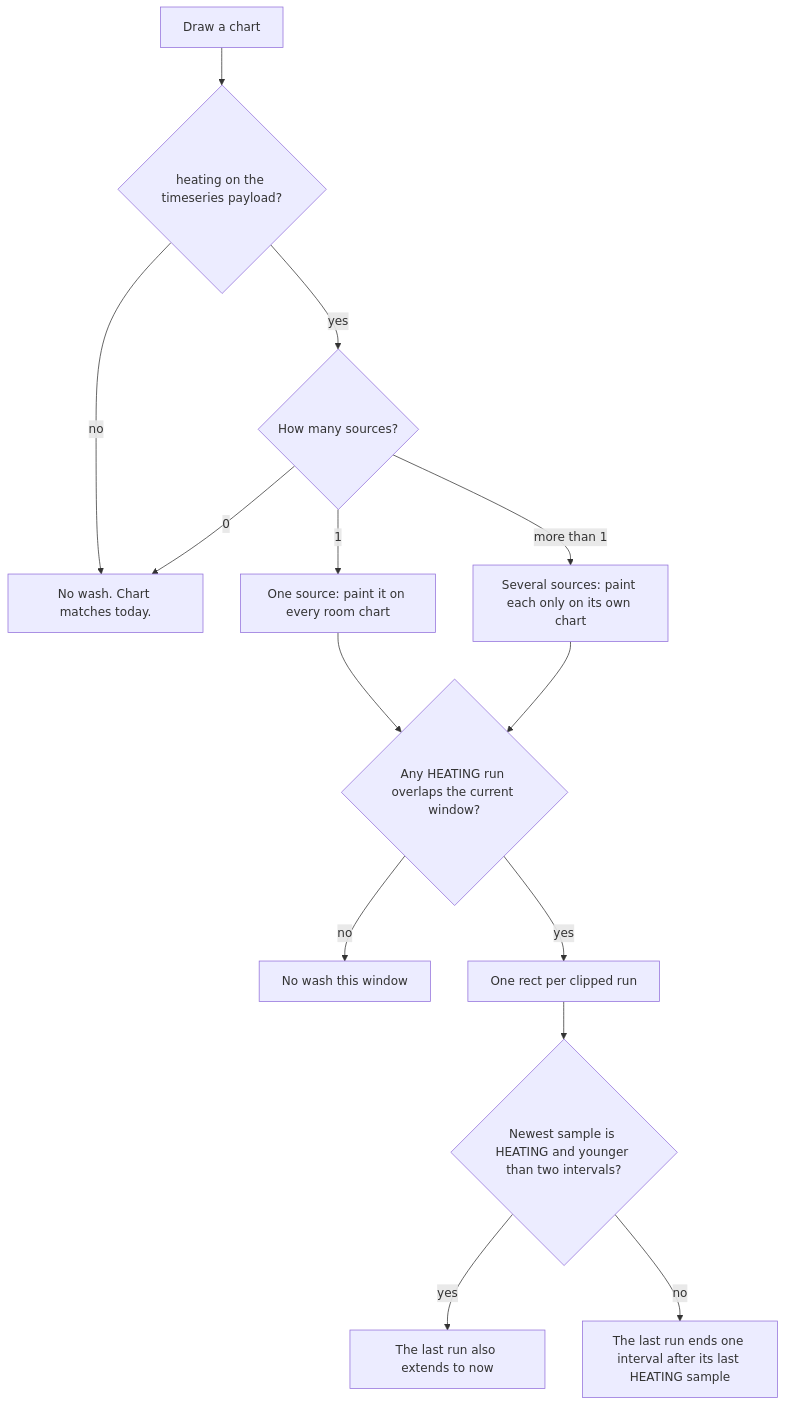
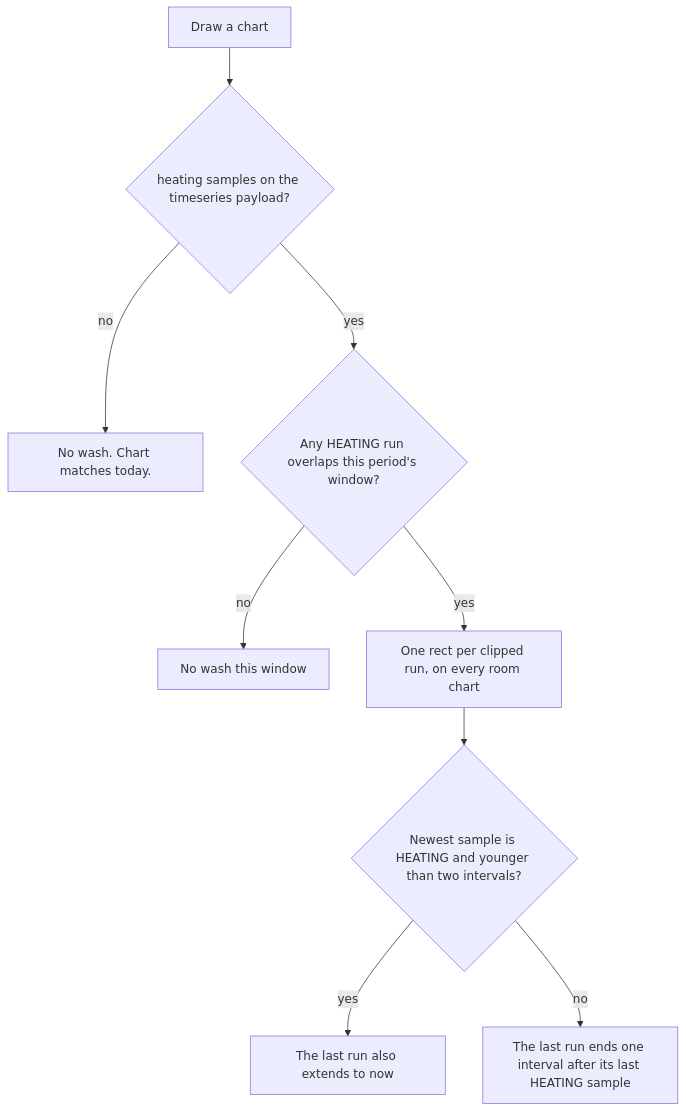
Before and after one commit to schleising/rust-backend: the fourth of 4 diagrams in Design/heating-running-indication.md, drawn with Mermaid. The commit also changed other lines of this file and 1 other file, not shown here.

First line of the commit message:
Record the decided heating-chart treatment

````diff
--- a/Design/heating-running-indication.md
+++ b/Design/heating-running-indication.md
@@ -305,26 +307,20 @@
 ```mermaid
 flowchart TD
   draw["Draw a chart"]
-  field{"heating on the timeseries payload?"}
-  sources{"How many sources?"}
+  field{"heating samples on the timeseries payload?"}
   unchanged["No wash. Chart matches today."]
-  one["One source: paint it on every room chart"]
-  many["Several sources: paint each only on its own chart"]
-  runs{"Any HEATING run overlaps the current window?"}
+  runs{"Any HEATING run overlaps this period's window?"}
   quiet["No wash this window"]
-  paint["One rect per clipped run"]
+  paint["One rect per clipped run, on every room chart"]
   edge{"Newest sample is HEATING and younger than two intervals?"}
   toNow["The last run also extends to now"]
   capped["The last run ends one interval after its last HEATING sample"]
 
   draw --> field
   field -->|no| unchanged
-  field -->|yes| sources
-  sources -->|0| unchanged
-  sources -->|1| one --> runs
-  sources -->|more than 1| many --> runs
+  field -->|yes| runs
   runs -->|no| quiet
   runs -->|yes| paint --> edge
   edge -->|yes| toNow
   edge -->|no| capped
 ```
````
